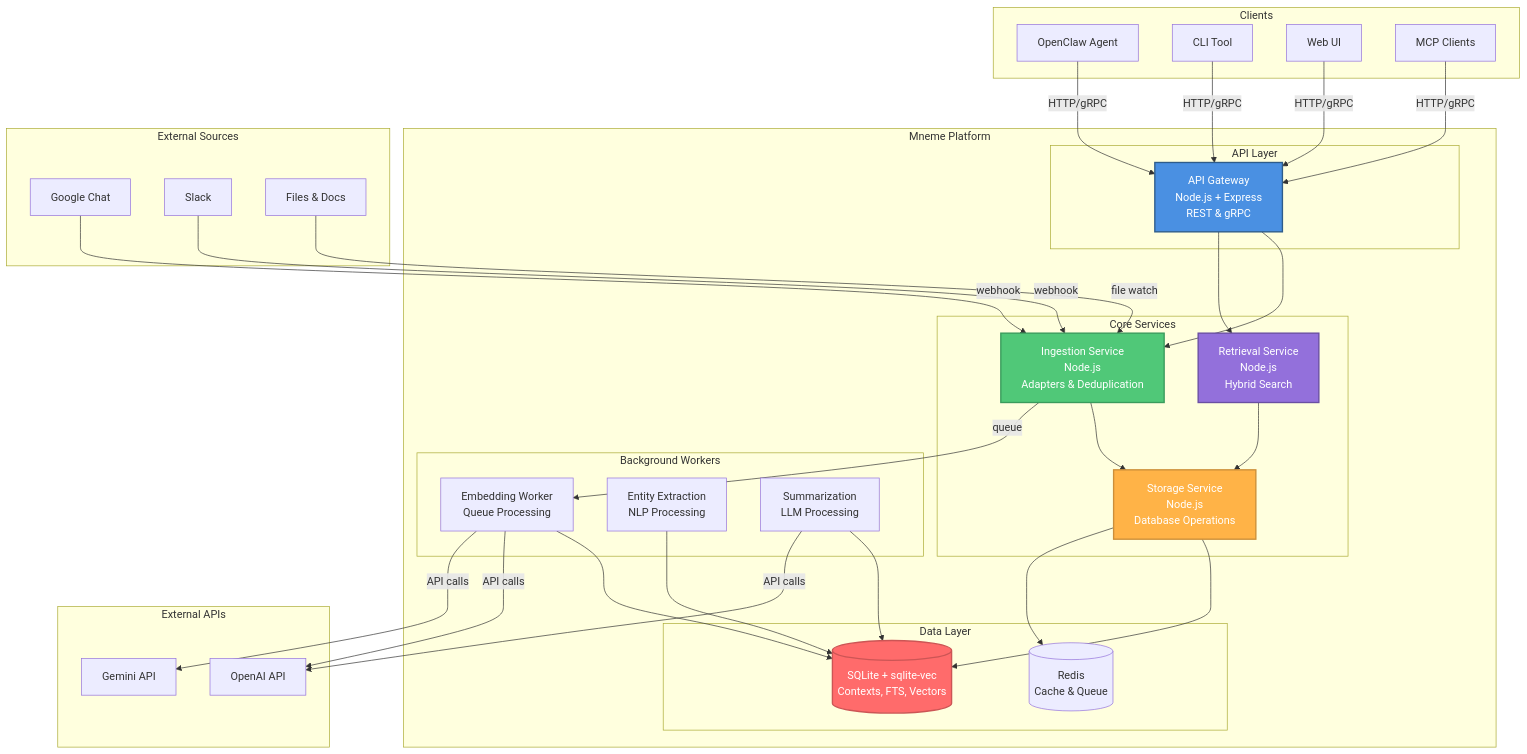
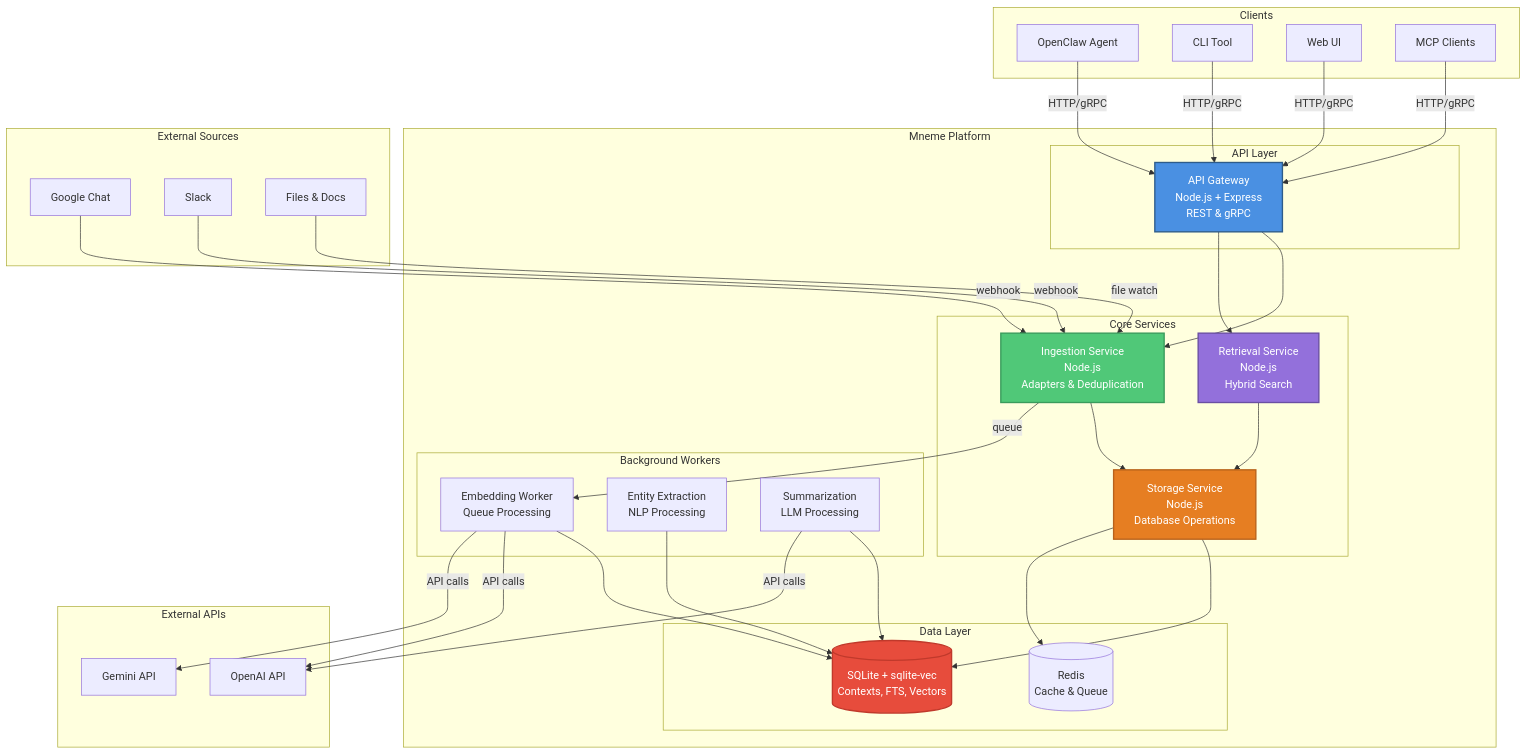
The second of 11 diagrams in docs/diagrams/c4-architecture.md (matthewxfz3/mneme), drawn with Mermaid before and after one commit. The commit also changed other lines of this file, not shown here.

First line of the commit message:
Improve diagram color contrast for accessibility

````diff
--- a/docs/diagrams/c4-architecture.md
+++ b/docs/diagrams/c4-architecture.md
@@ -63,72 +63,72 @@
 ```mermaid
 graph TB
     subgraph "Clients"
         OPENCLAW[OpenClaw Agent]
         CLI[CLI Tool]
         WEB[Web UI]
         MCP[MCP Clients]
     end
 
     subgraph "Mneme Platform"
         subgraph "API Layer"
             GATEWAY[API Gateway<br/>Node.js + Express<br/>REST & gRPC]
         end
 
         subgraph "Core Services"
             INGEST[Ingestion Service<br/>Node.js<br/>Adapters & Deduplication]
             STORAGE[Storage Service<br/>Node.js<br/>Database Operations]
             RETRIEVAL[Retrieval Service<br/>Node.js<br/>Hybrid Search]
         end
 
         subgraph "Background Workers"
             WORKER_EMB[Embedding Worker<br/>Queue Processing]
             WORKER_EXT[Entity Extraction<br/>NLP Processing]
             WORKER_SUM[Summarization<br/>LLM Processing]
         end
 
         subgraph "Data Layer"
             SQLITE[(SQLite + sqlite-vec<br/>Contexts, FTS, Vectors)]
             REDIS[(Redis<br/>Cache & Queue)]
         end
     end
 
     subgraph "External Sources"
         SRC_GCHAT[Google Chat]
         SRC_SLACK[Slack]
         SRC_FILES[Files & Docs]
     end
 
     subgraph "External APIs"
         API_OPENAI[OpenAI API]
         API_GEMINI[Gemini API]
     end
 
     OPENCLAW & CLI & WEB & MCP -->|HTTP/gRPC| GATEWAY
     GATEWAY --> INGEST
     GATEWAY --> RETRIEVAL
 
     INGEST --> STORAGE
     RETRIEVAL --> STORAGE
 
     STORAGE --> SQLITE
     STORAGE --> REDIS
 
     INGEST -->|queue| WORKER_EMB
     WORKER_EMB --> SQLITE
     WORKER_EXT --> SQLITE
     WORKER_SUM --> SQLITE
 
     SRC_GCHAT -->|webhook| INGEST
     SRC_SLACK -->|webhook| INGEST
     SRC_FILES -->|file watch| INGEST
 
     WORKER_EMB -->|API calls| API_OPENAI
     WORKER_EMB -->|API calls| API_GEMINI
     WORKER_SUM -->|API calls| API_OPENAI
 
     style GATEWAY fill:#4A90E2,stroke:#2E5C8A,stroke-width:2px,color:#fff
     style INGEST fill:#50C878,stroke:#3A9B5C,stroke-width:2px,color:#fff
-    style STORAGE fill:#FFB347,stroke:#CC8F39,stroke-width:2px,color:#fff
+    style STORAGE fill:#E67E22,stroke:#B8621B,stroke-width:2px,color:#fff
     style RETRIEVAL fill:#9370DB,stroke:#6A4FA3,stroke-width:2px,color:#fff
-    style SQLITE fill:#FF6B6B,stroke:#CC5555,stroke-width:2px,color:#fff
+    style SQLITE fill:#E74C3C,stroke:#C0392B,stroke-width:2px,color:#fff
 ```
````
